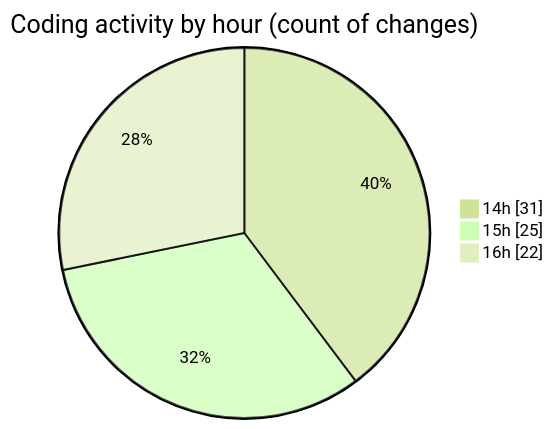
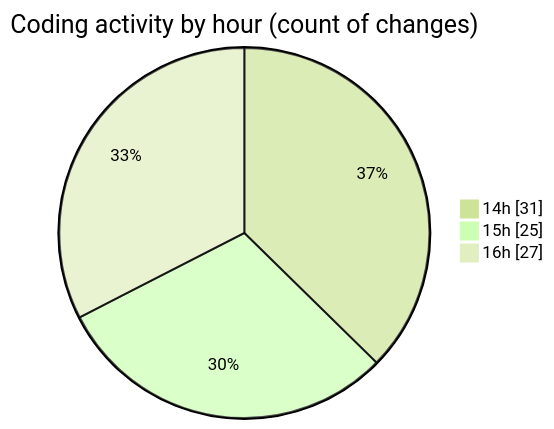
Before and after one commit to momahboobian/code-tracking: the second of 2 diagrams in 2026-05-11/cda/README.md, drawn with Mermaid (forest theme). The commit also changed other lines of this file and 1 other file, not shown here.

````diff
--- a/2026-05-11/cda/README.md
+++ b/2026-05-11/cda/README.md
@@ -51,7 +53,7 @@
 ```mermaid
 pie showData
 title Coding activity by hour (count of changes)
 "14h" : 31
 "15h" : 25
-"16h" : 22
+"16h" : 27
 ```
````
